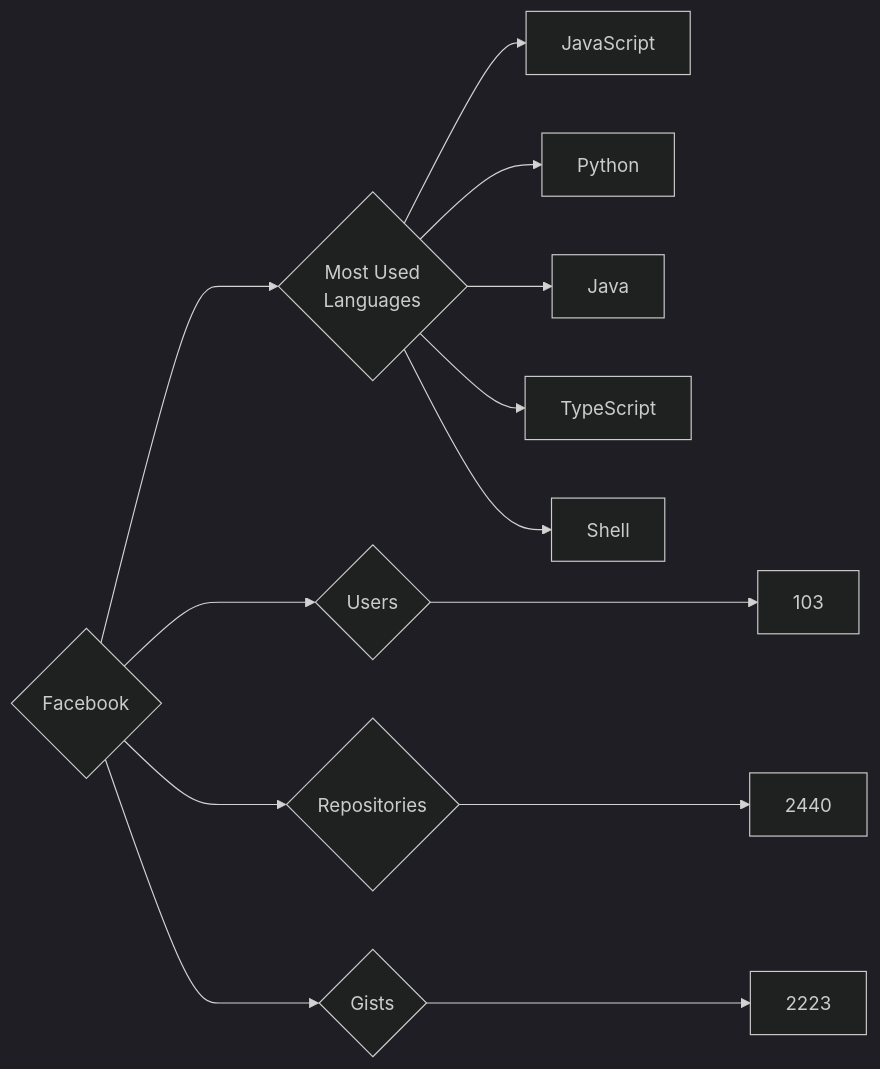
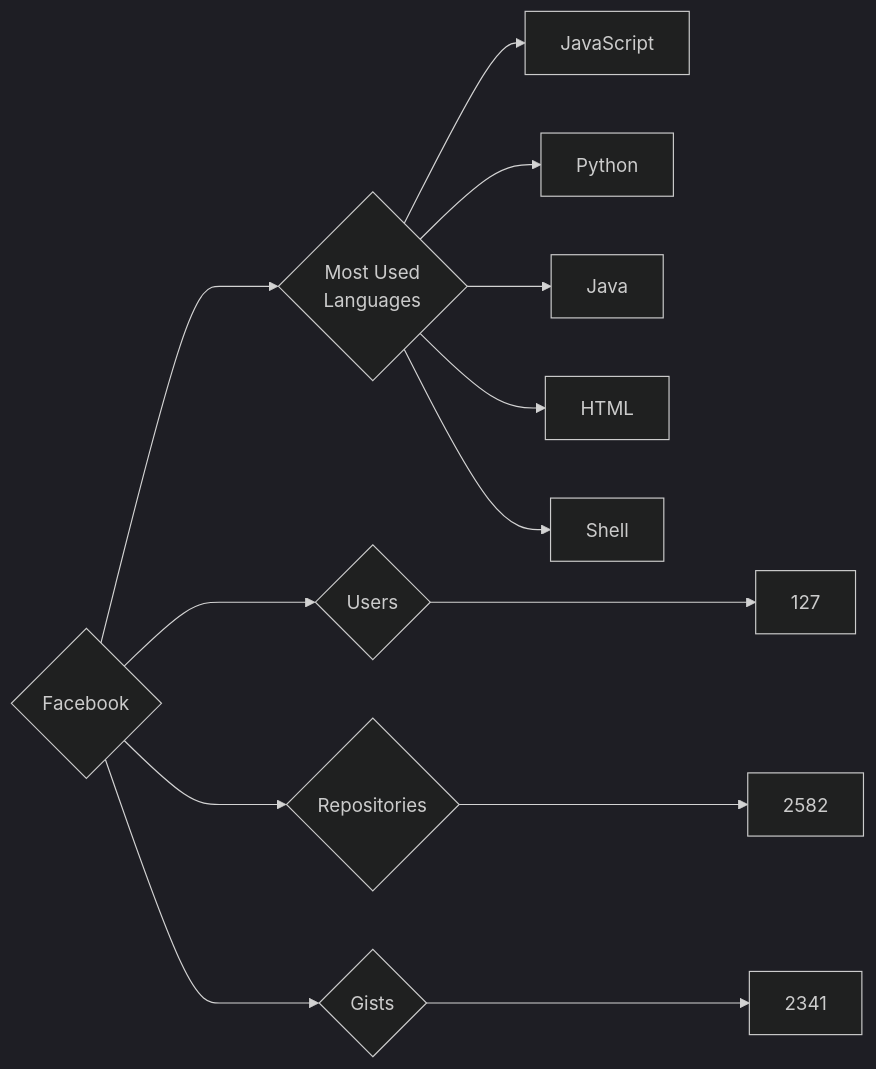
The diagram in targets/Facebook/README.md (trickest/insiders), drawn with Mermaid (dark theme) before and after one commit. The commit also changed 914 other files, not shown here.

````diff
--- a/targets/Facebook/README.md
+++ b/targets/Facebook/README.md
@@ -3,13 +3,13 @@
 ```mermaid
 graph LR
 COMPANY_NAME{Facebook}
-COMPANY_NAME ---> U{Users} ---> UN[103]
-COMPANY_NAME ---> R{Repositories} ---> RN[2440]
-COMPANY_NAME ---> G{Gists} ---> GN[2223]
+COMPANY_NAME ---> U{Users} ---> UN[127]
+COMPANY_NAME ---> R{Repositories} ---> RN[2582]
+COMPANY_NAME ---> G{Gists} ---> GN[2341]
 COMPANY_NAME ---> ML{Most Used<br>Languages}
 ML --> JavaScript[JavaScript]
 ML --> Python[Python]
 ML --> Java[Java]
-ML --> TypeScript[TypeScript]
+ML --> HTML[HTML]
 ML --> Shell[Shell]
 ```
````
